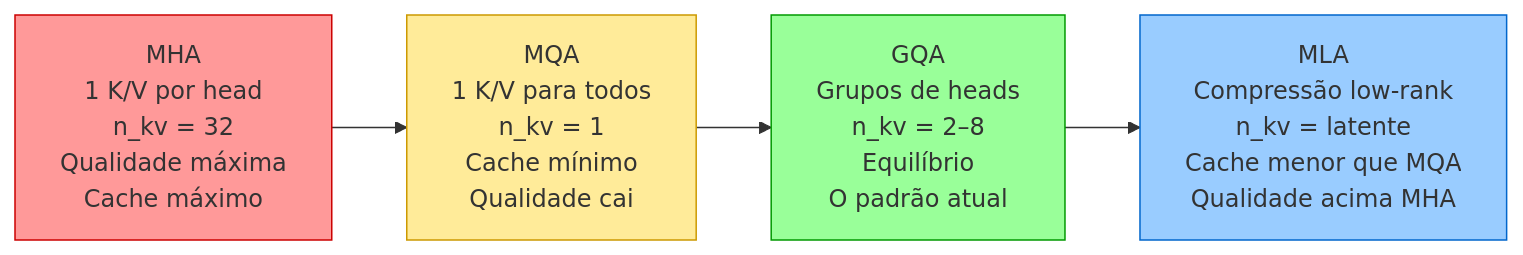
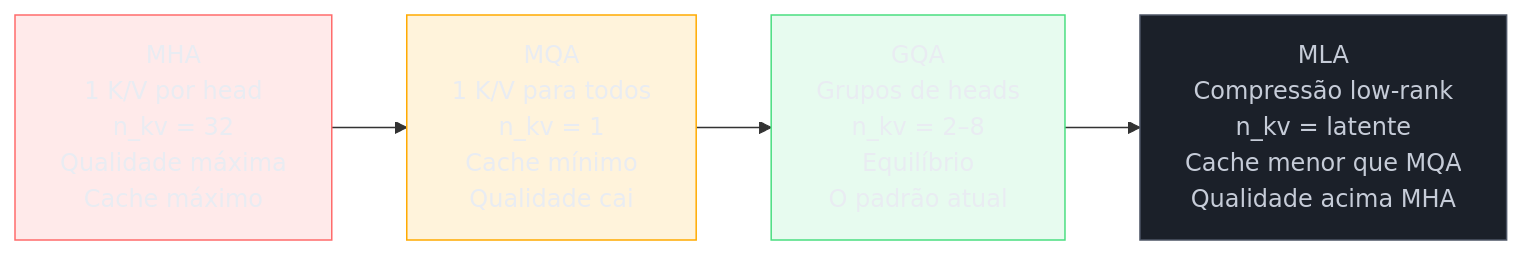
Before and after one commit to josenaldo/codex-technomanticus: the first of 5 diagrams in 03-Dominios/Tecnologia/IA/Anatomia dos LLMs/04b - Encolhendo o KV cache — MHA, MQA, GQA, MLA.md, drawn with Mermaid. The commit also changed other lines of this file and 1181 other files, not shown here.

First line of the commit message:
fix(diagramas): paleta do sistema no lugar de cor cravada no markdown

````diff
--- a/03-Dominios/Tecnologia/IA/Anatomia dos LLMs/04b - Encolhendo o KV cache — MHA, MQA, GQA, MLA.md
+++ b/03-Dominios/Tecnologia/IA/Anatomia dos LLMs/04b - Encolhendo o KV cache — MHA, MQA, GQA, MLA.md
@@ -67,10 +67,14 @@
 ```mermaid
 graph LR
+    classDef falha fill:#FF6B6B24,stroke:#FF6B6B,color:#E9ECF2
+    classDef destaque fill:#FFAA0024,stroke:#FFAA00,color:#E9ECF2
+    classDef ok fill:#4ADE8021,stroke:#4ADE80,color:#E9ECF2
+    classDef neutro fill:#1B2029,stroke:#4E5666,color:#C6CCD8
     A["MHA\n1 K/V por head\nn_kv = 32\nQualidade máxima\nCache máximo"] --> B["MQA\n1 K/V para todos\nn_kv = 1\nCache mínimo\nQualidade cai"]
     B --> C["GQA\nGrupos de heads\nn_kv = 2–8\nEquilíbrio\nO padrão atual"]
     C --> D["MLA\nCompressão low-rank\nn_kv = latente\nCache menor que MQA\nQualidade acima MHA"]
-    style A fill:#ff9999,stroke:#cc0000
-    style B fill:#ffeb99,stroke:#cc9900
-    style C fill:#99ff99,stroke:#009900
-    style D fill:#99ccff,stroke:#0066cc
+    class A falha
+    class B destaque
+    class C ok
+    class D neutro
 ```
````
